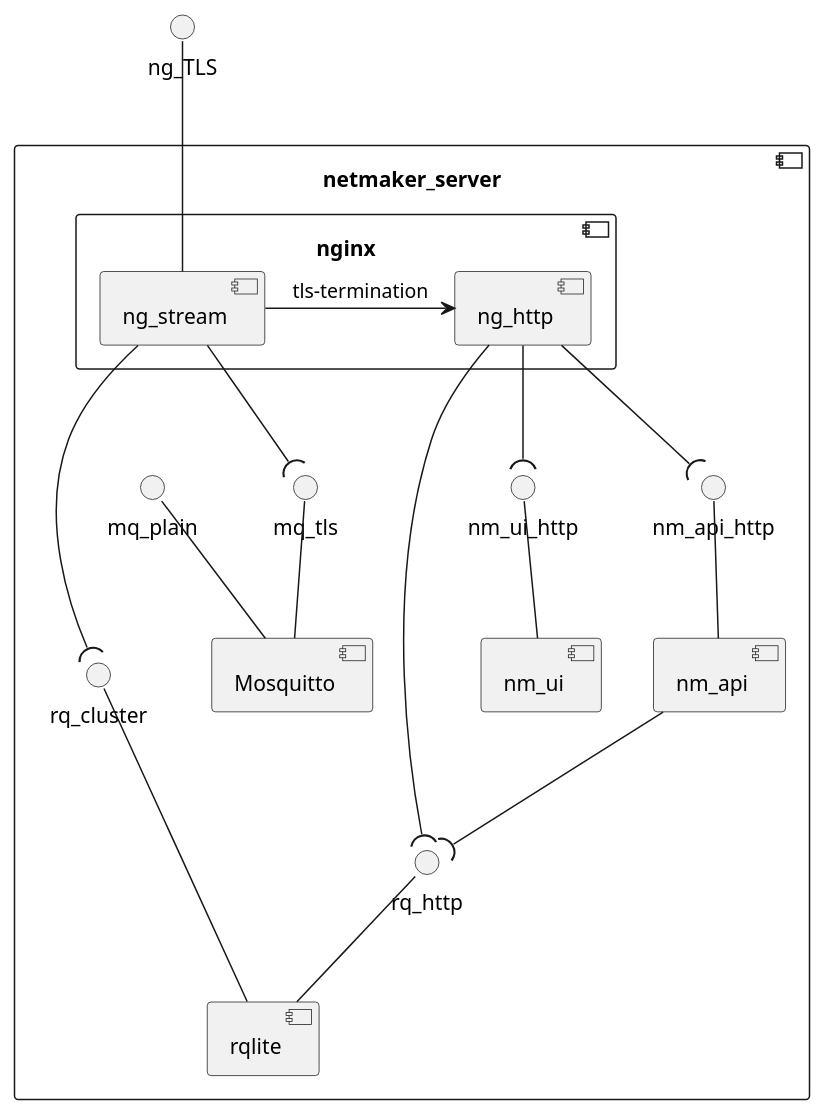
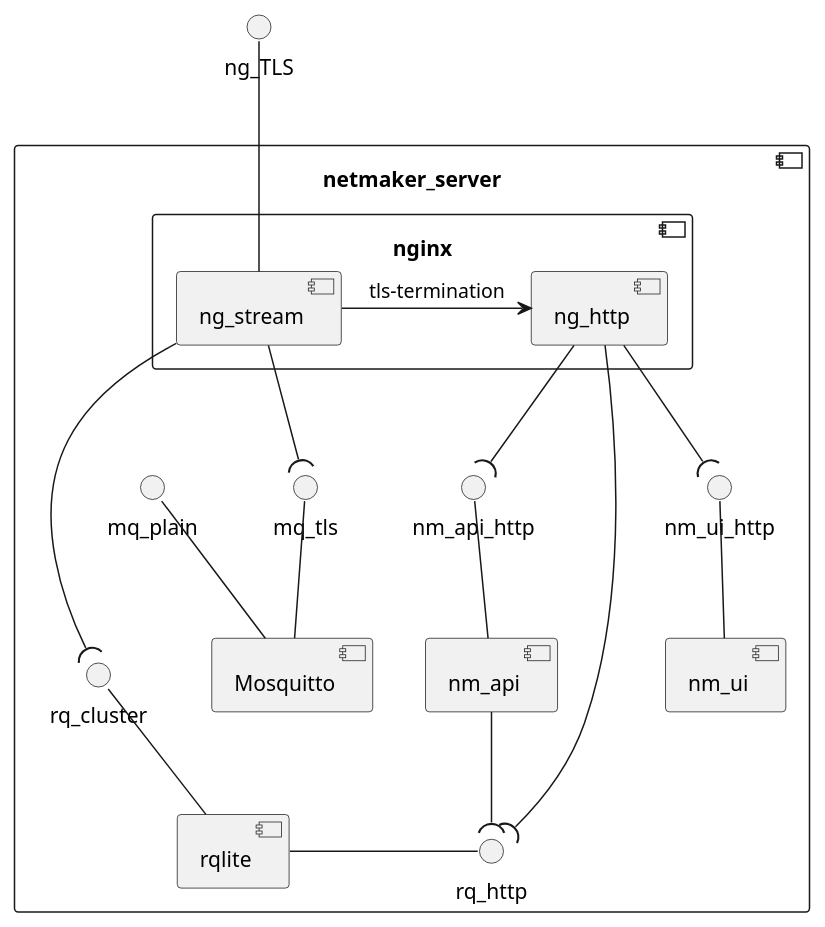
One commit to Ruakij/Ansible-roles changed the diagram in netmaker_server/files/opt/netmaker_server/docs/architecture.puml. Above: the diagram before and after it, drawn with PlantUML.

Commit message:
Make diagram more readable

```diff
--- a/netmaker_server/files/opt/netmaker_server/docs/architecture.puml
+++ b/netmaker_server/files/opt/netmaker_server/docs/architecture.puml
@@ -1,34 +1,34 @@
 @startuml
 
 component netmaker_server {
   component nginx {
     component ng_stream
     component ng_http
 
     ng_stream -right-> ng_http : tls-termination
   }
 
   component Mosquitto
   Mosquitto -up- mq_plain
   Mosquitto -up- mq_tls
 
   ng_stream -down-( mq_tls
 
   component rqlite
-  rqlite -up- rq_http
+  rqlite -right- rq_http
   rqlite -up- rq_cluster
   ng_stream --down-( rq_cluster
-  ng_http --down-( rq_http
+  ng_http -down-( rq_http
 
   component nm_ui
   nm_ui -up- nm_ui_http
   ng_http -down-( nm_ui_http
 
   component nm_api
   nm_api -up- nm_api_http
   ng_http -down-( nm_api_http
-  nm_api --( rq_http
+  nm_api -( rq_http
 }
 ng_TLS -down- ng_stream
 
 @enduml
```
